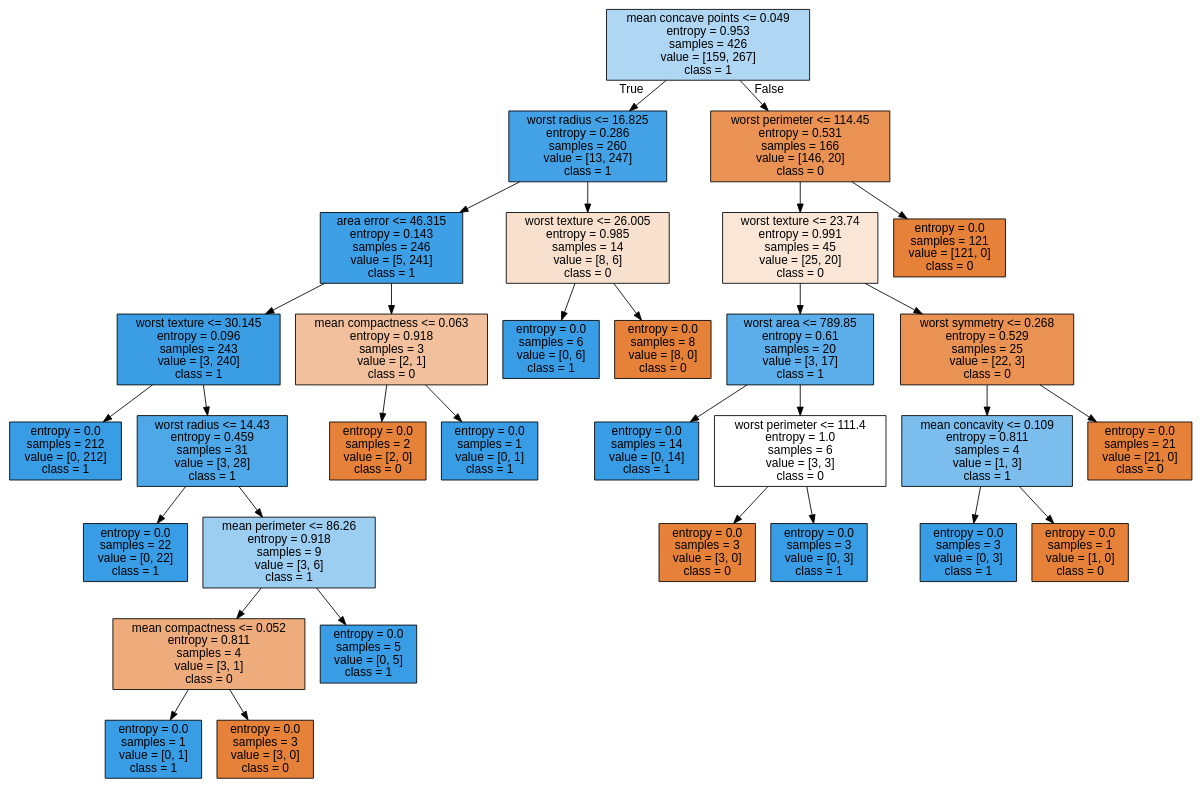
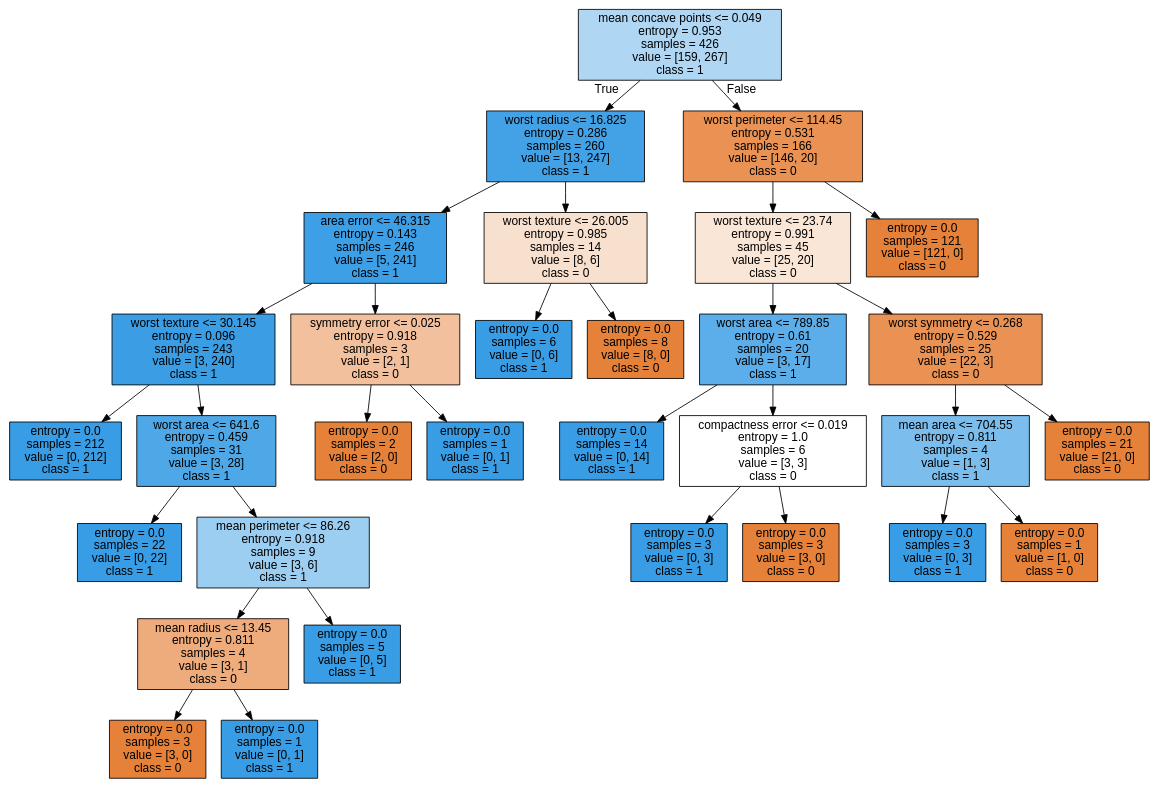
One commit to twelsah2011/Intro_to_Machine_Learning_Student_Workbooks changed the diagram in tree.dot. Above: the diagram before and after it, drawn with Graphviz. The commit also changed 10 other files, not shown here.

```diff
--- a/tree.dot
+++ b/tree.dot
@@ -1,65 +1,65 @@
 digraph Tree {
 node [shape=box, style="filled", color="black", fontname="helvetica"] ;
 edge [fontname="helvetica"] ;
 0 [label="mean concave points <= 0.049\nentropy = 0.953\nsamples = 426\nvalue = [159, 267]\nclass = 1", fillcolor="#afd7f4"] ;
 1 [label="worst radius <= 16.825\nentropy = 0.286\nsamples = 260\nvalue = [13, 247]\nclass = 1", fillcolor="#43a2e6"] ;
 0 -> 1 [labeldistance=2.5, labelangle=45, headlabel="True"] ;
 2 [label="area error <= 46.315\nentropy = 0.143\nsamples = 246\nvalue = [5, 241]\nclass = 1", fillcolor="#3d9fe6"] ;
 1 -> 2 ;
 3 [label="worst texture <= 30.145\nentropy = 0.096\nsamples = 243\nvalue = [3, 240]\nclass = 1", fillcolor="#3b9ee5"] ;
 2 -> 3 ;
 4 [label="entropy = 0.0\nsamples = 212\nvalue = [0, 212]\nclass = 1", fillcolor="#399de5"] ;
 3 -> 4 ;
-5 [label="worst radius <= 14.43\nentropy = 0.459\nsamples = 31\nvalue = [3, 28]\nclass = 1", fillcolor="#4ea8e8"] ;
+5 [label="worst area <= 641.6\nentropy = 0.459\nsamples = 31\nvalue = [3, 28]\nclass = 1", fillcolor="#4ea8e8"] ;
 3 -> 5 ;
 6 [label="entropy = 0.0\nsamples = 22\nvalue = [0, 22]\nclass = 1", fillcolor="#399de5"] ;
 5 -> 6 ;
 7 [label="mean perimeter <= 86.26\nentropy = 0.918\nsamples = 9\nvalue = [3, 6]\nclass = 1", fillcolor="#9ccef2"] ;
 5 -> 7 ;
-8 [label="mean compactness <= 0.052\nentropy = 0.811\nsamples = 4\nvalue = [3, 1]\nclass = 0", fillcolor="#eeab7b"] ;
+8 [label="mean radius <= 13.45\nentropy = 0.811\nsamples = 4\nvalue = [3, 1]\nclass = 0", fillcolor="#eeab7b"] ;
 7 -> 8 ;
-9 [label="entropy = 0.0\nsamples = 1\nvalue = [0, 1]\nclass = 1", fillcolor="#399de5"] ;
+9 [label="entropy = 0.0\nsamples = 3\nvalue = [3, 0]\nclass = 0", fillcolor="#e58139"] ;
 8 -> 9 ;
-10 [label="entropy = 0.0\nsamples = 3\nvalue = [3, 0]\nclass = 0", fillcolor="#e58139"] ;
+10 [label="entropy = 0.0\nsamples = 1\nvalue = [0, 1]\nclass = 1", fillcolor="#399de5"] ;
 8 -> 10 ;
 11 [label="entropy = 0.0\nsamples = 5\nvalue = [0, 5]\nclass = 1", fillcolor="#399de5"] ;
 7 -> 11 ;
-12 [label="mean compactness <= 0.063\nentropy = 0.918\nsamples = 3\nvalue = [2, 1]\nclass = 0", fillcolor="#f2c09c"] ;
+12 [label="symmetry error <= 0.025\nentropy = 0.918\nsamples = 3\nvalue = [2, 1]\nclass = 0", fillcolor="#f2c09c"] ;
 2 -> 12 ;
 13 [label="entropy = 0.0\nsamples = 2\nvalue = [2, 0]\nclass = 0", fillcolor="#e58139"] ;
 12 -> 13 ;
 14 [label="entropy = 0.0\nsamples = 1\nvalue = [0, 1]\nclass = 1", fillcolor="#399de5"] ;
 12 -> 14 ;
 15 [label="worst texture <= 26.005\nentropy = 0.985\nsamples = 14\nvalue = [8, 6]\nclass = 0", fillcolor="#f8e0ce"] ;
 1 -> 15 ;
 16 [label="entropy = 0.0\nsamples = 6\nvalue = [0, 6]\nclass = 1", fillcolor="#399de5"] ;
 15 -> 16 ;
 17 [label="entropy = 0.0\nsamples = 8\nvalue = [8, 0]\nclass = 0", fillcolor="#e58139"] ;
 15 -> 17 ;
 18 [label="worst perimeter <= 114.45\nentropy = 0.531\nsamples = 166\nvalue = [146, 20]\nclass = 0", fillcolor="#e99254"] ;
 0 -> 18 [labeldistance=2.5, labelangle=-45, headlabel="False"] ;
 19 [label="worst texture <= 23.74\nentropy = 0.991\nsamples = 45\nvalue = [25, 20]\nclass = 0", fillcolor="#fae6d7"] ;
 18 -> 19 ;
 20 [label="worst area <= 789.85\nentropy = 0.61\nsamples = 20\nvalue = [3, 17]\nclass = 1", fillcolor="#5caeea"] ;
 19 -> 20 ;
 21 [label="entropy = 0.0\nsamples = 14\nvalue = [0, 14]\nclass = 1", fillcolor="#399de5"] ;
 20 -> 21 ;
-22 [label="worst perimeter <= 111.4\nentropy = 1.0\nsamples = 6\nvalue = [3, 3]\nclass = 0", fillcolor="#ffffff"] ;
+22 [label="compactness error <= 0.019\nentropy = 1.0\nsamples = 6\nvalue = [3, 3]\nclass = 0", fillcolor="#ffffff"] ;
 20 -> 22 ;
-23 [label="entropy = 0.0\nsamples = 3\nvalue = [3, 0]\nclass = 0", fillcolor="#e58139"] ;
+23 [label="entropy = 0.0\nsamples = 3\nvalue = [0, 3]\nclass = 1", fillcolor="#399de5"] ;
 22 -> 23 ;
-24 [label="entropy = 0.0\nsamples = 3\nvalue = [0, 3]\nclass = 1", fillcolor="#399de5"] ;
+24 [label="entropy = 0.0\nsamples = 3\nvalue = [3, 0]\nclass = 0", fillcolor="#e58139"] ;
 22 -> 24 ;
 25 [label="worst symmetry <= 0.268\nentropy = 0.529\nsamples = 25\nvalue = [22, 3]\nclass = 0", fillcolor="#e99254"] ;
 19 -> 25 ;
-26 [label="mean concavity <= 0.109\nentropy = 0.811\nsamples = 4\nvalue = [1, 3]\nclass = 1", fillcolor="#7bbeee"] ;
+26 [label="mean area <= 704.55\nentropy = 0.811\nsamples = 4\nvalue = [1, 3]\nclass = 1", fillcolor="#7bbeee"] ;
 25 -> 26 ;
 27 [label="entropy = 0.0\nsamples = 3\nvalue = [0, 3]\nclass = 1", fillcolor="#399de5"] ;
 26 -> 27 ;
 28 [label="entropy = 0.0\nsamples = 1\nvalue = [1, 0]\nclass = 0", fillcolor="#e58139"] ;
 26 -> 28 ;
 29 [label="entropy = 0.0\nsamples = 21\nvalue = [21, 0]\nclass = 0", fillcolor="#e58139"] ;
 25 -> 29 ;
 30 [label="entropy = 0.0\nsamples = 121\nvalue = [121, 0]\nclass = 0", fillcolor="#e58139"] ;
 18 -> 30 ;
 }
```
